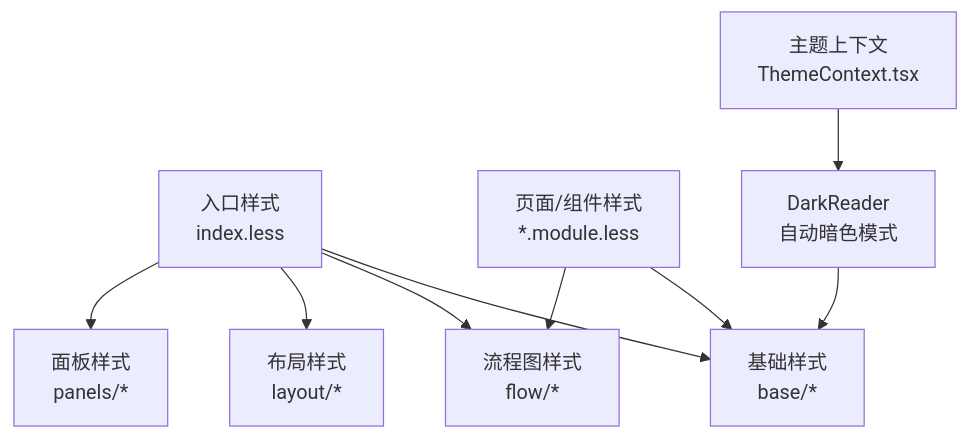
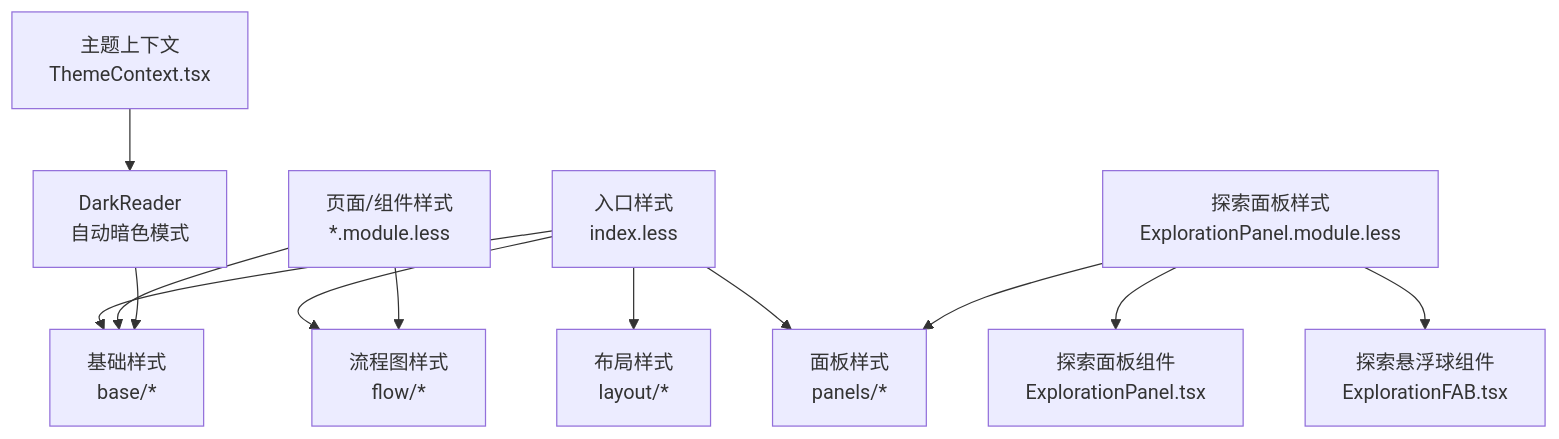
The first of 7 diagrams in .qoder/repowiki/zh/content/开发者指南/代码结构说明/前端架构设计/样式系统设计.md (kqcoxn/MaaPipelineEditor), drawn with Mermaid before and after one commit. The commit also changed other lines of this file and 8 other files, not shown here.

````diff
--- a/.qoder/repowiki/zh/content/开发者指南/代码结构说明/前端架构设计/样式系统设计.md
+++ b/.qoder/repowiki/zh/content/开发者指南/代码结构说明/前端架构设计/样式系统设计.md
@@ -64,11 +68,14 @@
 ```mermaid
 graph TB
 A["入口样式<br/>index.less"] --> B["基础样式<br/>base/*"]
 A --> C["流程图样式<br/>flow/*"]
 A --> D["布局样式<br/>layout/*"]
 A --> E["面板样式<br/>panels/*"]
 F["页面/组件样式<br/>*.module.less"] --> B
 F --> C
 G["主题上下文<br/>ThemeContext.tsx"] --> H["DarkReader<br/>自动暗色模式"]
 H --> B
+I["探索面板样式<br/>ExplorationPanel.module.less"] --> E
+I --> J["探索面板组件<br/>ExplorationPanel.tsx"]
+I --> K["探索悬浮球组件<br/>ExplorationFAB.tsx"]
 ```
````
